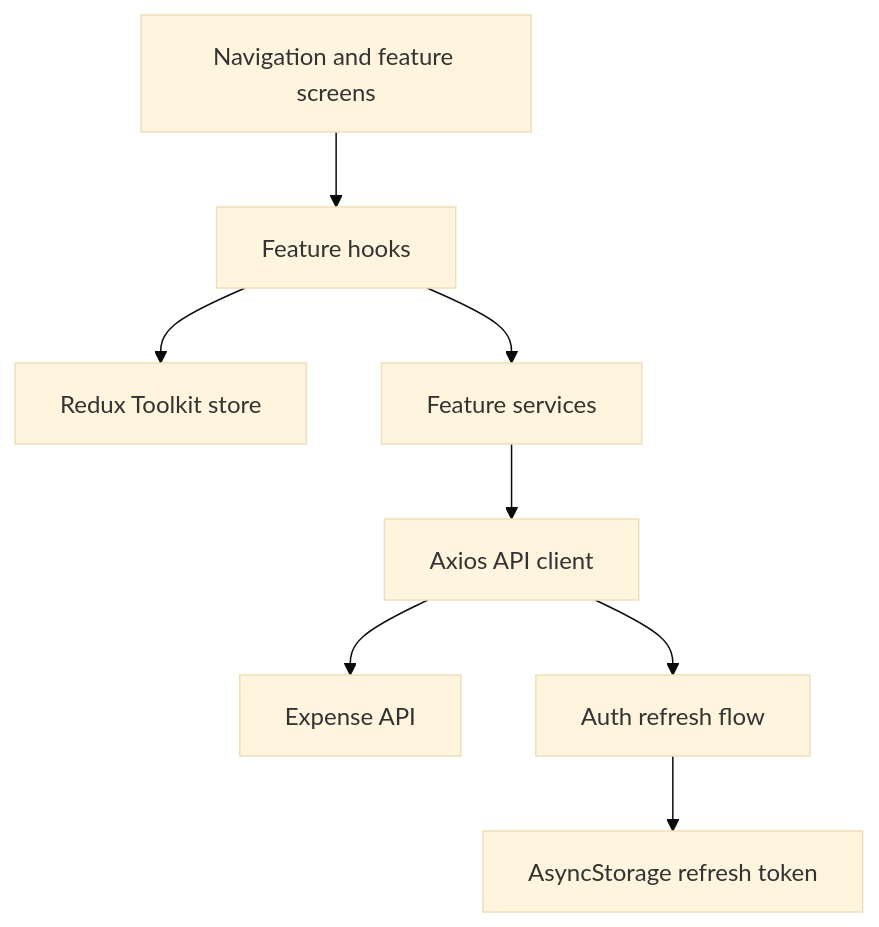
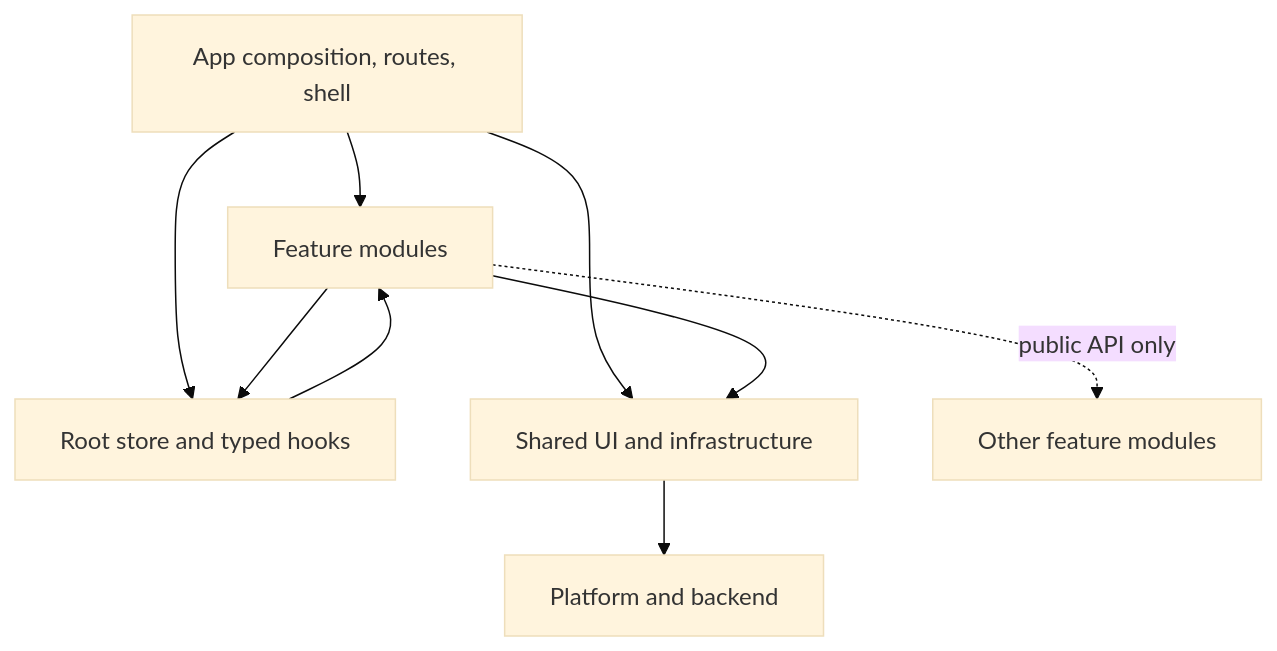
One commit to muhsintt777/xpen-rn changed the first of 2 diagrams in README.md. Above: the diagram before and after it, drawn with Mermaid (base theme). The commit also changed other lines of this file, not shown here.

Commit message:
chore: update README for improved clarity on app structure and dependency direction

````diff
--- a/README.md
+++ b/README.md
@@ -19,10 +19,11 @@
 ```mermaid
 flowchart TD
-		Screens[Navigation and feature screens] --> Hooks[Feature hooks]
-		Hooks --> Store[Redux Toolkit store]
-		Hooks --> Services[Feature services]
-		Services --> API[Axios API client]
-		API --> Backend[Expense API]
-		API --> Auth[Auth refresh flow]
-		Auth --> Storage[AsyncStorage refresh token]
+	App[App composition, routes, shell] --> Features[Feature modules]
+	App --> Store[Root store and typed hooks]
+	Store --> Features
+	App --> Shared[Shared UI and infrastructure]
+	Features --> Shared
+	Features --> Store
+	Features -. public API only .-> OtherFeatures[Other feature modules]
+	Shared --> External[Platform and backend]
 ```
````
